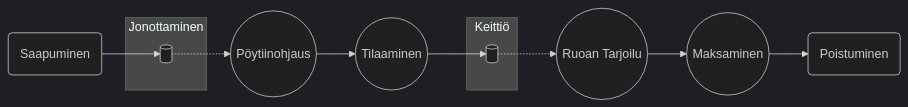
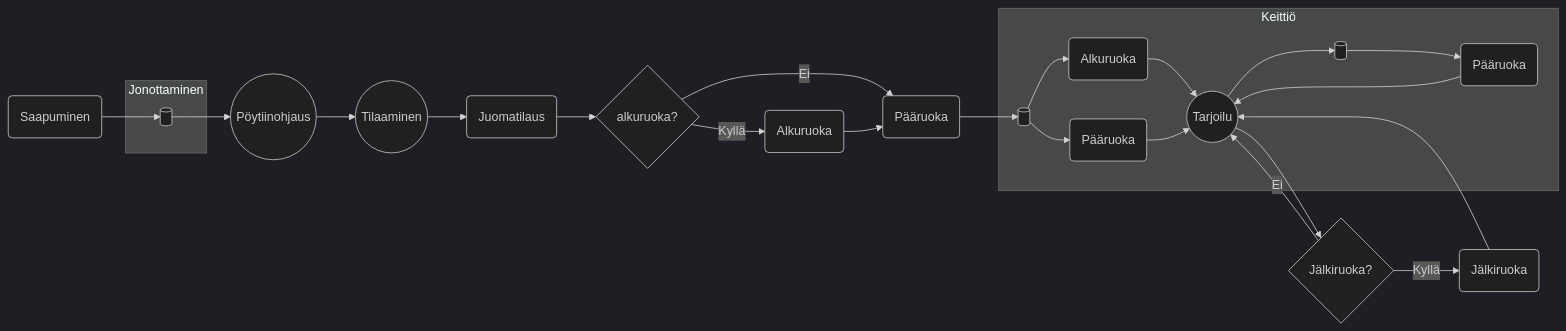
One commit to onnikiv/Simu-Projekti changed the diagram in README.md. Above: the diagram before and after it, drawn with Mermaid (dark theme).

Commit message:
onni solmus

````diff
--- a/README.md
+++ b/README.md
@@ -5,18 +5,35 @@
 ```mermaid
 flowchart LR
 
 A(Saapuminen) --> B
+B --> C((Pöytiinohjaus))
+C --> D((Tilaaminen))
+D --> a(Juomatilaus)
+
+a --> F{alkuruoka?}
+F --> |Ei| H(Pääruoka)
+F --> |Kyllä| J(Alkuruoka)
+J --> H
+H --> K[( )]
+
+subgraph E_label [Keittiö]
+    K --> L(Alkuruoka)
+    L --> l((Tarjoilu))
+    l --> j[( )]
+    j --> N(Pääruoka)
+    N --> l
+    K --> M(Pääruoka)
+    M --> l
+end
+
+l --> h{Jälkiruoka?}
+h -->|Kyllä| k(Jälkiruoka)
+k --> l
+h -->|Ei| l
+
 subgraph B_label [Jonottaminen]
     B[( )]
 end
-B .-> C((Pöytiinohjaus))
-C --> D((Tilaaminen))
-D --> E
-subgraph E_label [Keittiö]
-    E[( )]
-end
-E .-> F((Ruoan Tarjoilu))
-F --> G((Maksaminen))
-G --> H(Poistuminen)
+
 
 ```
````
